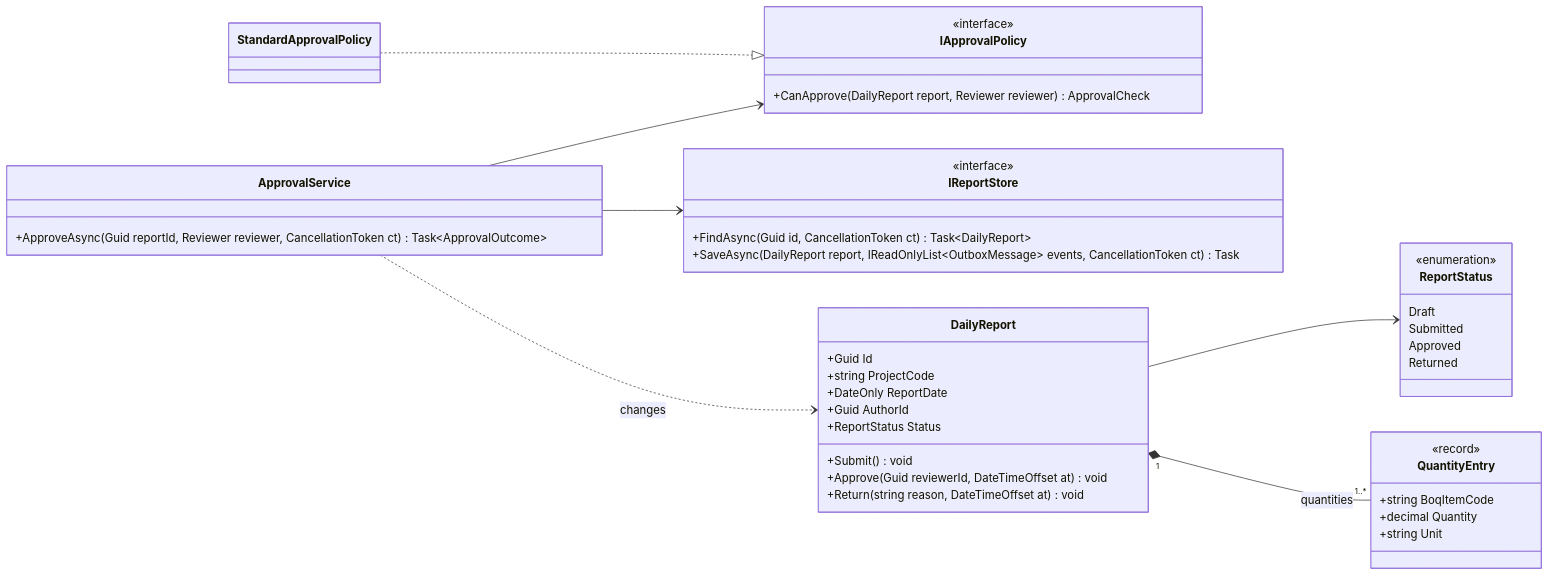
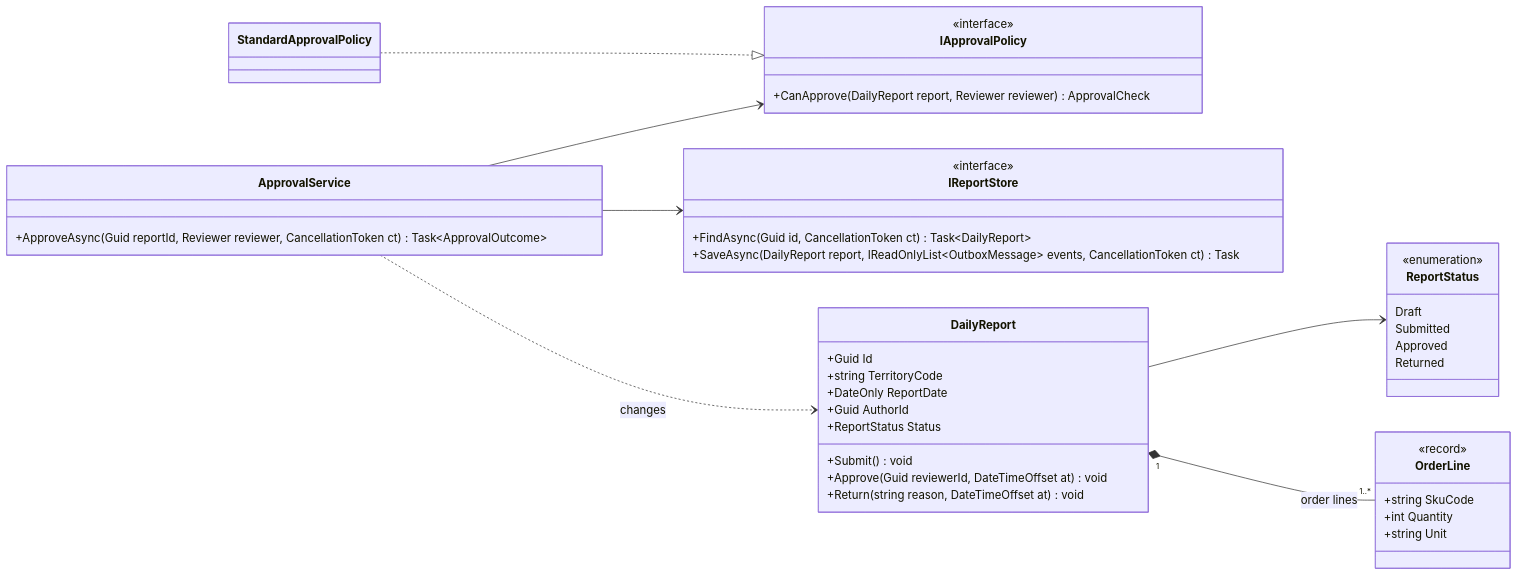
Before and after one commit to rizwi0786/system-design-lab: the fifth of 7 diagrams in content/lessons/m05/m05-c4-views.md, drawn with Mermaid. The commit also changed other lines of this file and 334 other files, not shown here.

````diff
--- a/content/lessons/m05/m05-c4-views.md
+++ b/content/lessons/m05/m05-c4-views.md
@@ -298,46 +298,46 @@
 ```mermaid
 classDiagram
     direction LR
     class ApprovalService {
         +ApproveAsync(Guid reportId, Reviewer reviewer, CancellationToken ct) Task~ApprovalOutcome~
     }
     class IApprovalPolicy {
         <<interface>>
         +CanApprove(DailyReport report, Reviewer reviewer) ApprovalCheck
     }
     class StandardApprovalPolicy
     class DailyReport {
         +Guid Id
-        +string ProjectCode
+        +string TerritoryCode
         +DateOnly ReportDate
         +Guid AuthorId
         +ReportStatus Status
         +Submit() void
         +Approve(Guid reviewerId, DateTimeOffset at) void
         +Return(string reason, DateTimeOffset at) void
     }
     class ReportStatus {
         <<enumeration>>
         Draft
         Submitted
         Approved
         Returned
     }
     class IReportStore {
         <<interface>>
         +FindAsync(Guid id, CancellationToken ct) Task~DailyReport~
         +SaveAsync(DailyReport report, IReadOnlyList~OutboxMessage~ events, CancellationToken ct) Task
     }
-    class QuantityEntry {
+    class OrderLine {
         <<record>>
-        +string BoqItemCode
-        +decimal Quantity
+        +string SkuCode
+        +int Quantity
         +string Unit
     }
     ApprovalService --> IApprovalPolicy
     ApprovalService --> IReportStore
     ApprovalService ..> DailyReport : changes
     StandardApprovalPolicy ..|> IApprovalPolicy
     DailyReport --> ReportStatus
-    DailyReport "1" *-- "1..*" QuantityEntry : quantities
+    DailyReport "1" *-- "1..*" OrderLine : order lines
 ```
````
